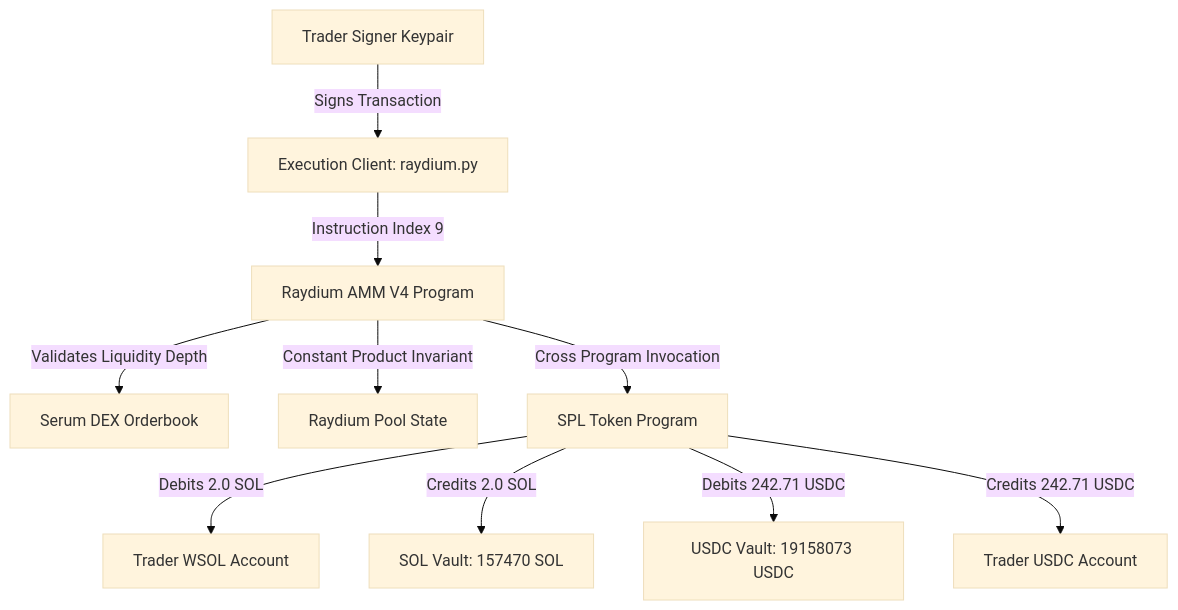
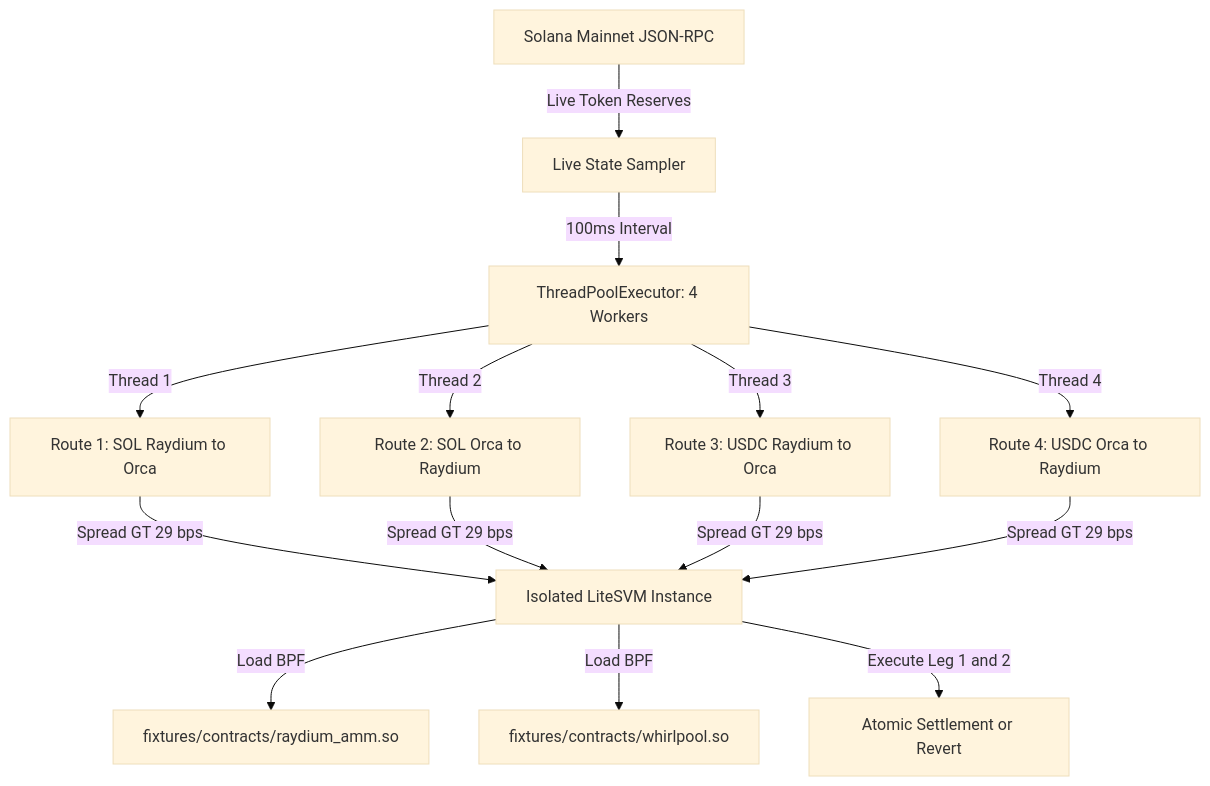
One commit to Rizz-1024/my-project changed the second of 2 diagrams in README.md. Above: the diagram before and after it, drawn with Mermaid (base theme). The commit also changed other lines of this file and 35 other files, not shown here.

Commit message:
feat: implement multi-market circular arbitrage and live monitor with LiteSVM simulation

````diff
--- a/README.md
+++ b/README.md
@@ -68,12 +142,16 @@
 ```mermaid
 graph TD
-    User[Trader Signer Keypair] -->|Signs Transaction| Client[Execution Client: raydium.py]
-    Client -->|Instruction Index 9| AMM[Raydium AMM V4 Program]
-    AMM -->|Validates Liquidity Depth| Orderbook[Serum DEX Orderbook]
-    AMM -->|Constant Product Invariant| PoolState[Raydium Pool State]
-    AMM -->|Cross Program Invocation| SPL[SPL Token Program]
-    SPL -->|Debits 2.0 SOL| UserWSOL[Trader WSOL Account]
-    SPL -->|Credits 2.0 SOL| CoinVault[SOL Vault: 157470 SOL]
-    SPL -->|Debits 242.71 USDC| PCVault[USDC Vault: 19158073 USDC]
-    SPL -->|Credits 242.71 USDC| UserUSDC[Trader USDC Account]
+    RPC[Solana Mainnet JSON-RPC] -->|Live Token Reserves| Monitor[Live State Sampler]
+    Monitor -->|100ms Interval| Dispatcher[ThreadPoolExecutor: 4 Workers]
+    Dispatcher -->|Thread 1| Worker1[Route 1: SOL Raydium to Orca]
+    Dispatcher -->|Thread 2| Worker2[Route 2: SOL Orca to Raydium]
+    Dispatcher -->|Thread 3| Worker3[Route 3: USDC Raydium to Orca]
+    Dispatcher -->|Thread 4| Worker4[Route 4: USDC Orca to Raydium]
+    Worker1 -->|Spread GT 29 bps| VM[Isolated LiteSVM Instance]
+    Worker2 -->|Spread GT 29 bps| VM
+    Worker3 -->|Spread GT 29 bps| VM
+    Worker4 -->|Spread GT 29 bps| VM
+    VM -->|Load BPF| RaydiumProg[fixtures/contracts/raydium_amm.so]
+    VM -->|Load BPF| OrcaProg[fixtures/contracts/whirlpool.so]
+    VM -->|Execute Leg 1 and 2| Result[Atomic Settlement or Revert]
 ```
````
